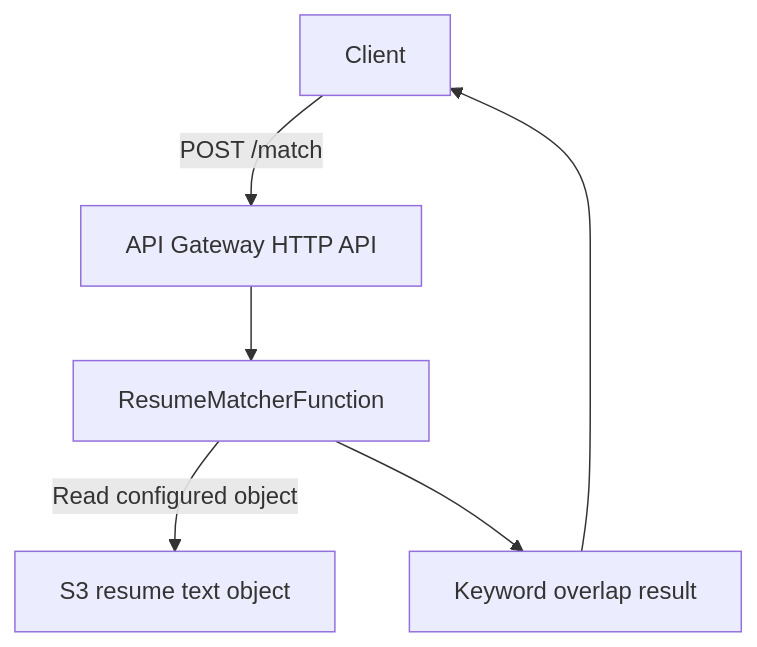
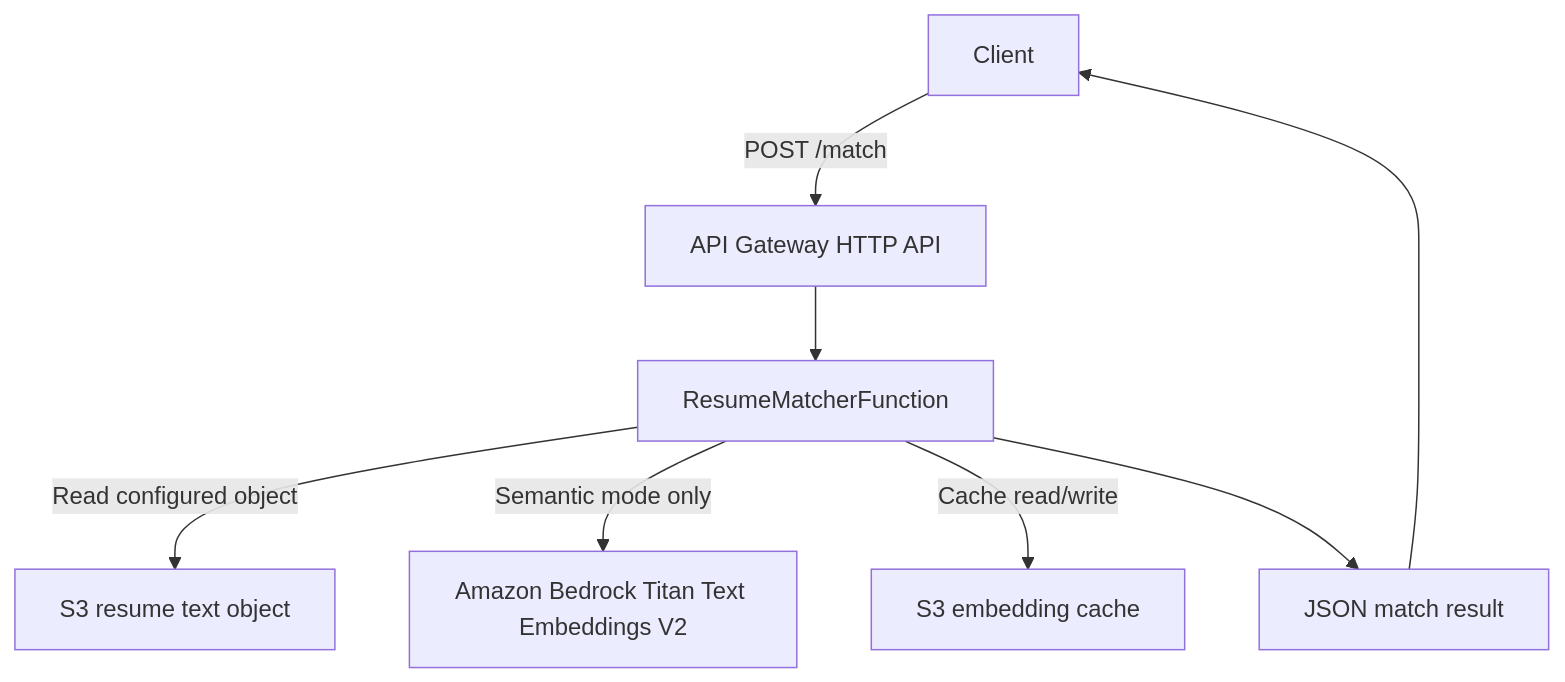
Before and after one commit to jon-innnput/aws-resume-matcher: the diagram in CONTEXT.md, drawn with Mermaid. The commit also changed other lines of this file and 2 other files, not shown here.

````diff
--- a/CONTEXT.md
+++ b/CONTEXT.md
@@ -17,8 +19,10 @@
 ```mermaid
 flowchart TD
     Client["Client"] -->|"POST /match"| HttpApi["API Gateway HTTP API"]
     HttpApi --> Function["ResumeMatcherFunction"]
     Function -->|"Read configured object"| ResumeObject["S3 resume text object"]
-    Function --> MatchResult["Keyword overlap result"]
+    Function -->|"Semantic mode only"| Bedrock["Amazon Bedrock Titan Text Embeddings V2"]
+    Function -->|"Cache read/write"| Cache["S3 embedding cache"]
+    Function --> MatchResult["JSON match result"]
     MatchResult --> Client
 ```
````
